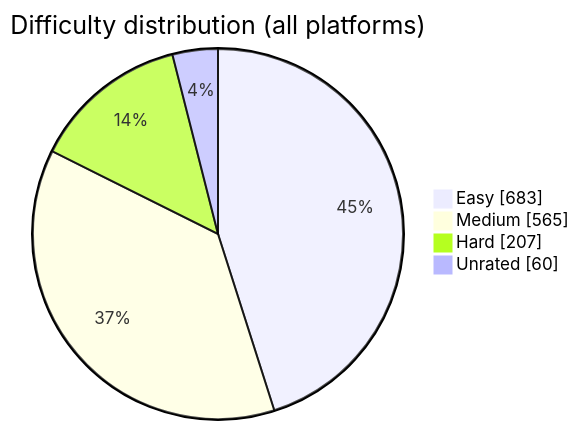
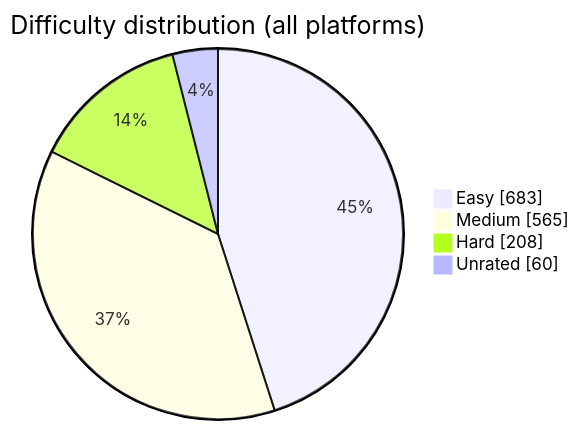
Before and after one commit to BuildbyArindam/Daily-Coding-Log: the diagram in README.md, drawn with Mermaid. The commit also changed other lines of this file, not shown here.

````diff
--- a/README.md
+++ b/README.md
@@ -93,7 +93,7 @@
 ```mermaid
 pie showData title Difficulty distribution (all platforms)
     "Easy" : 683
     "Medium" : 565
-    "Hard" : 207
+    "Hard" : 208
     "Unrated" : 60
 ```
````
